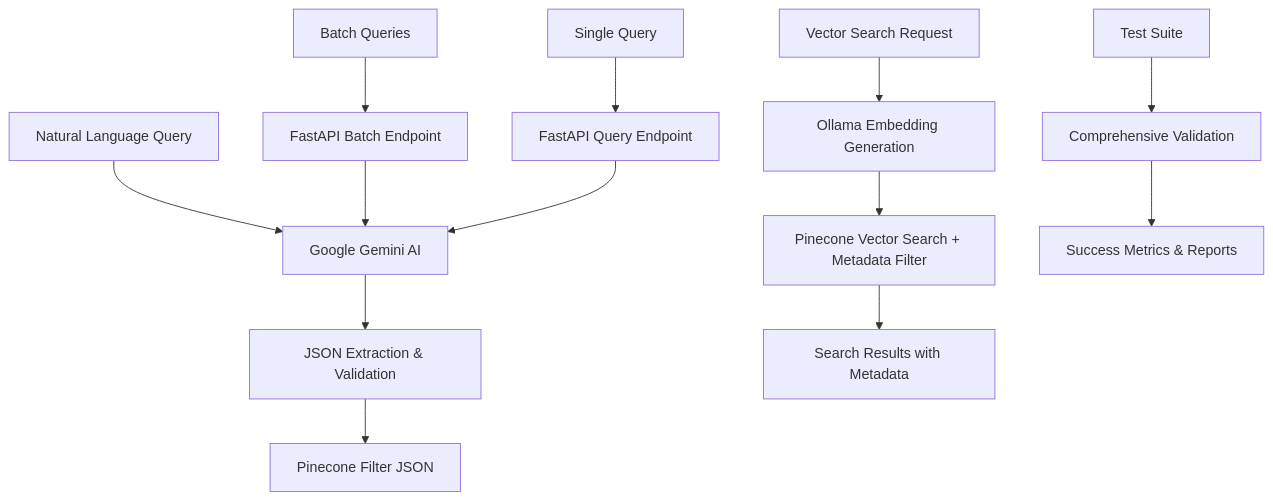
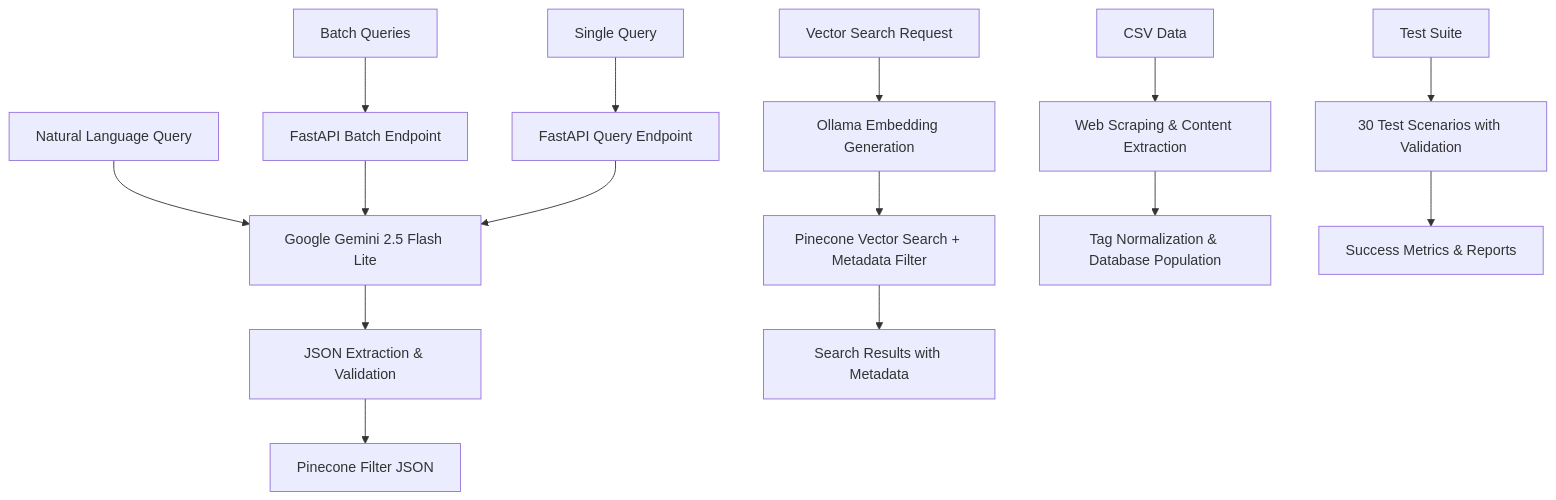
The diagram in README.md (NIHAAL084/NL2Pinecone_Query_Agent), drawn with Mermaid before and after one commit. The commit also changed other lines of this file and 16 other files, not shown here.

````diff
--- a/README.md
+++ b/README.md
@@ -21,19 +24,22 @@
 ```mermaid
 graph TD
-    A[Natural Language Query] --> B[Google Gemini AI]
+    A[Natural Language Query] --> B[Google Gemini 2.5 Flash Lite]
     B --> C[JSON Extraction & Validation]
     C --> D[Pinecone Filter JSON]
     
     E[Batch Queries] --> F[FastAPI Batch Endpoint]
     F --> B
     
     G[Single Query] --> H[FastAPI Query Endpoint]
     H --> B
     
     I[Vector Search Request] --> J[Ollama Embedding Generation]
     J --> K[Pinecone Vector Search + Metadata Filter]
     K --> L[Search Results with Metadata]
     
-    M[Test Suite] --> N[Comprehensive Validation]
-    N --> O[Success Metrics & Reports]
+    M[CSV Data] --> N[Web Scraping & Content Extraction]
+    N --> O[Tag Normalization & Database Population]
+    
+    P[Test Suite] --> Q[30 Test Scenarios with Validation]
+    Q --> R[Success Metrics & Reports]
 ```
````
